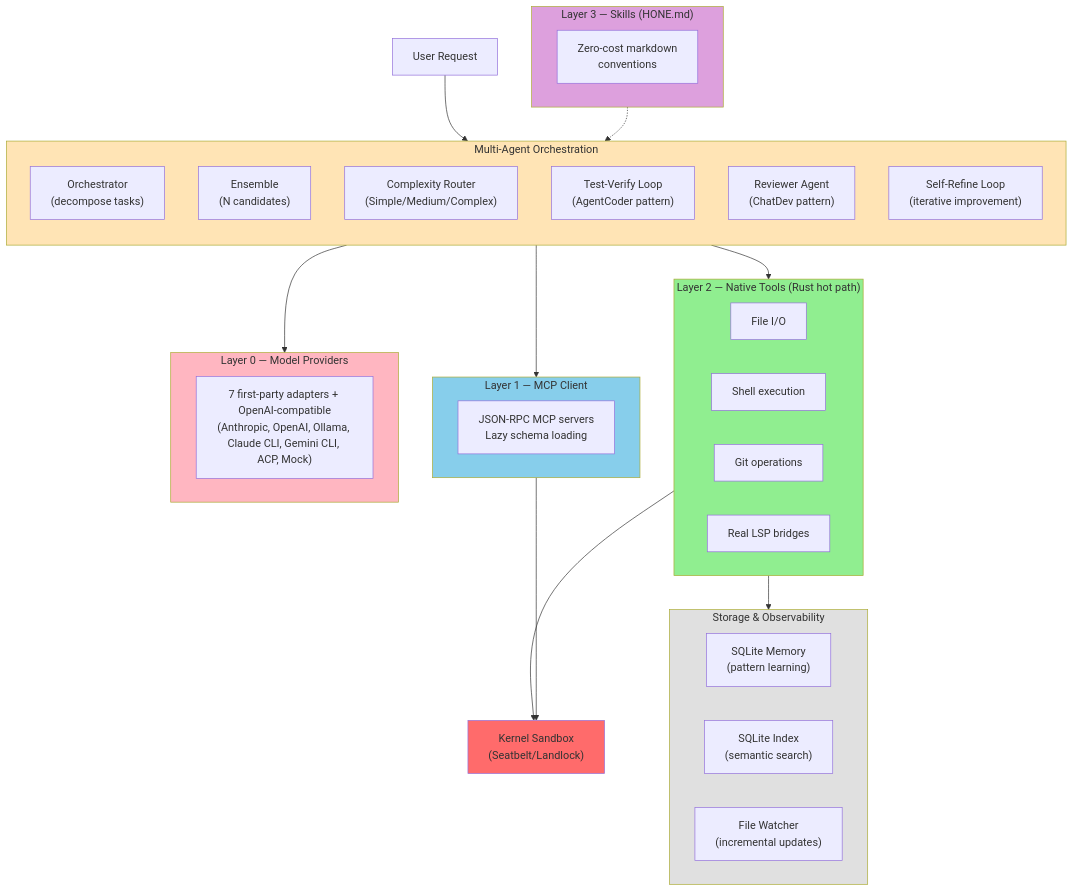
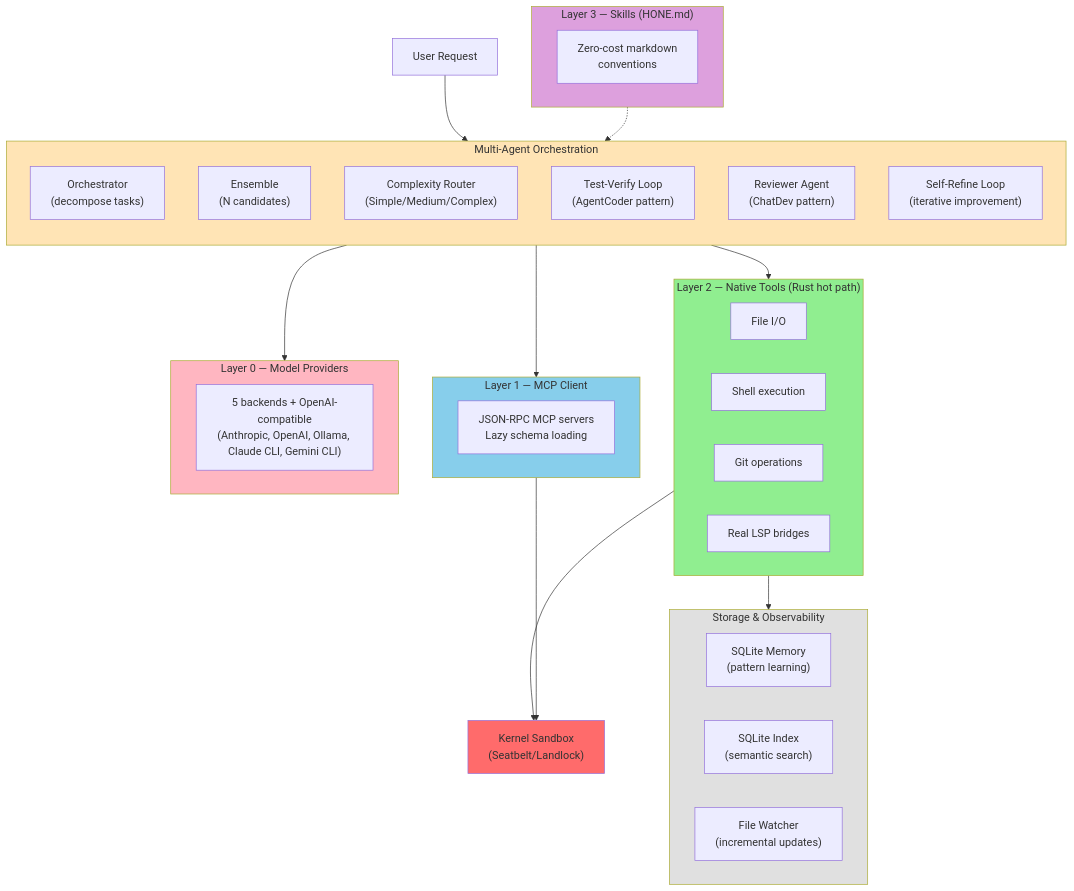
The third of 3 diagrams in README.md (wojciechkpl/hone), drawn with Mermaid before and after one commit. The commit also changed other lines of this file and 6 other files, not shown here.

````diff
--- a/README.md
+++ b/README.md
@@ -841,62 +846,62 @@
 ```mermaid
 graph TB
     User["User Request"]
     
     subgraph MultiAgent["Multi-Agent Orchestration"]
         direction TB
         Orch["Orchestrator<br/>(decompose tasks)"]
         Ensemble["Ensemble<br/>(N candidates)"]
         Router["Complexity Router<br/>(Simple/Medium/Complex)"]
         TestLoop["Test-Verify Loop<br/>(AgentCoder pattern)"]
         Reviewer["Reviewer Agent<br/>(ChatDev pattern)"]
         SelfRefine["Self-Refine Loop<br/>(iterative improvement)"]
     end
 
     subgraph L3["Layer 3 — Skills (HONE.md)"]
         direction LR
         HM["Zero-cost markdown\nconventions"]
     end
 
     subgraph L2["Layer 2 — Native Tools (Rust hot path)"]
         direction LR
         FIO["File I/O"]
         Shell["Shell execution"]
         Git["Git operations"]
         LSP["Real LSP bridges"]
     end
 
     subgraph L1["Layer 1 — MCP Client"]
         direction LR
         MCP["JSON-RPC MCP servers\nLazy schema loading"]
     end
 
     subgraph L0["Layer 0 — Model Providers"]
         direction LR
-        Providers["7 first-party adapters + OpenAI-compatible<br/>(Anthropic, OpenAI, Ollama, Claude CLI, Gemini CLI, ACP, Mock)"]
+        Providers["5 backends + OpenAI-compatible<br/>(Anthropic, OpenAI, Ollama, Claude CLI, Gemini CLI)"]
     end
 
     subgraph Storage["Storage & Observability"]
         Memory["SQLite Memory<br/>(pattern learning)"]
         Index["SQLite Index<br/>(semantic search)"]
         Watcher["File Watcher<br/>(incremental updates)"]
     end
 
     Sandbox["Kernel Sandbox<br/>(Seatbelt/Landlock)"]
 
     User --> MultiAgent
     MultiAgent --> L2
     MultiAgent --> L1
     MultiAgent --> L0
     L2 --> Sandbox
     L2 --> Storage
     L1 --> Sandbox
     L3 -.-> MultiAgent
     
     style L2 fill:#90EE90
     style L1 fill:#87CEEB
     style L0 fill:#FFB6C1
     style L3 fill:#DDA0DD
     style MultiAgent fill:#FFE4B5
     style Storage fill:#E0E0E0
     style Sandbox fill:#FF6B6B
 ```
````
